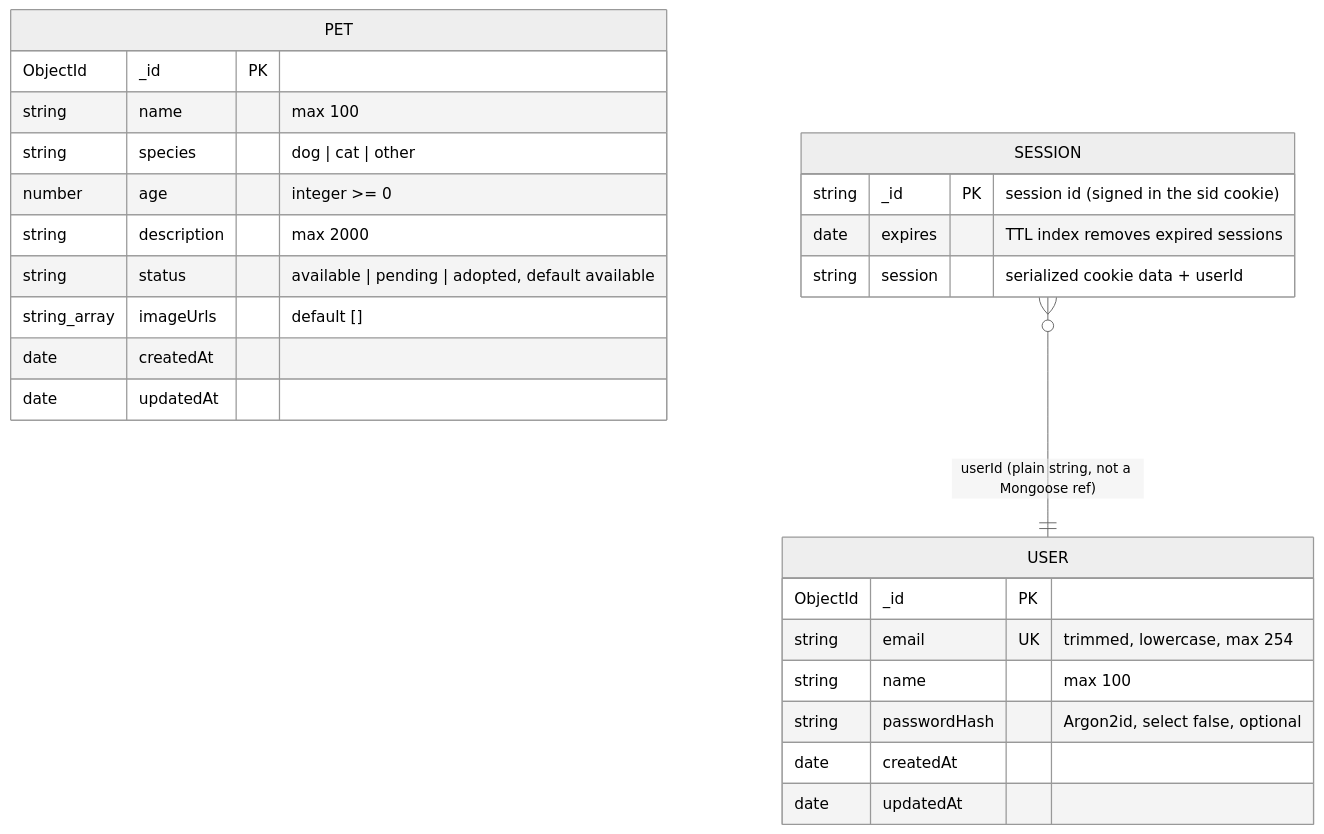
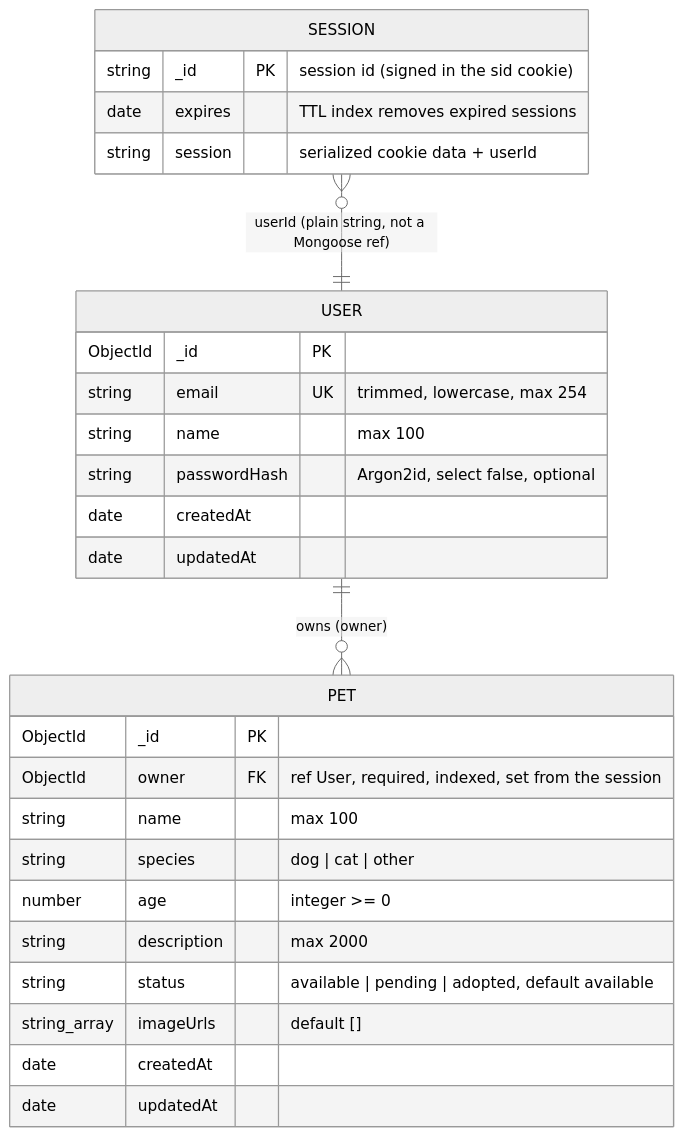
Before and after one commit to BojanSovtic/pet-adoption-system: the sixth of 7 diagrams in docs/architecture.md, drawn with Mermaid (neutral theme). The commit also changed other lines of this file and 23 other files, not shown here.

````diff
--- a/docs/architecture.md
+++ b/docs/architecture.md
@@ -181,28 +193,30 @@
 ```mermaid
 erDiagram
   USER {
     ObjectId _id PK
     string email UK "trimmed, lowercase, max 254"
     string name "max 100"
     string passwordHash "Argon2id, select false, optional"
     date createdAt
     date updatedAt
   }
   PET {
     ObjectId _id PK
+    ObjectId owner FK "ref User, required, indexed, set from the session"
     string name "max 100"
     string species "dog | cat | other"
     number age "integer >= 0"
     string description "max 2000"
     string status "available | pending | adopted, default available"
     string_array imageUrls "default []"
     date createdAt
     date updatedAt
   }
   SESSION {
     string _id PK "session id (signed in the sid cookie)"
     date expires "TTL index removes expired sessions"
     string session "serialized cookie data + userId"
   }
+  USER ||--o{ PET : "owns (owner)"
   SESSION }o--|| USER : "userId (plain string, not a Mongoose ref)"
 ```
````
